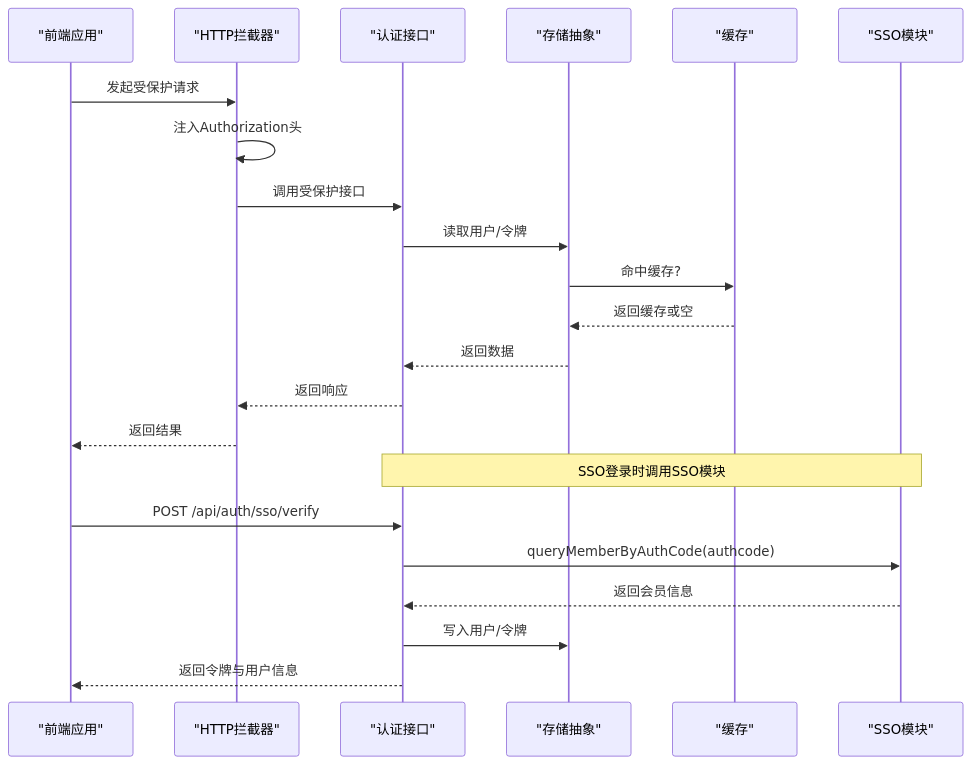
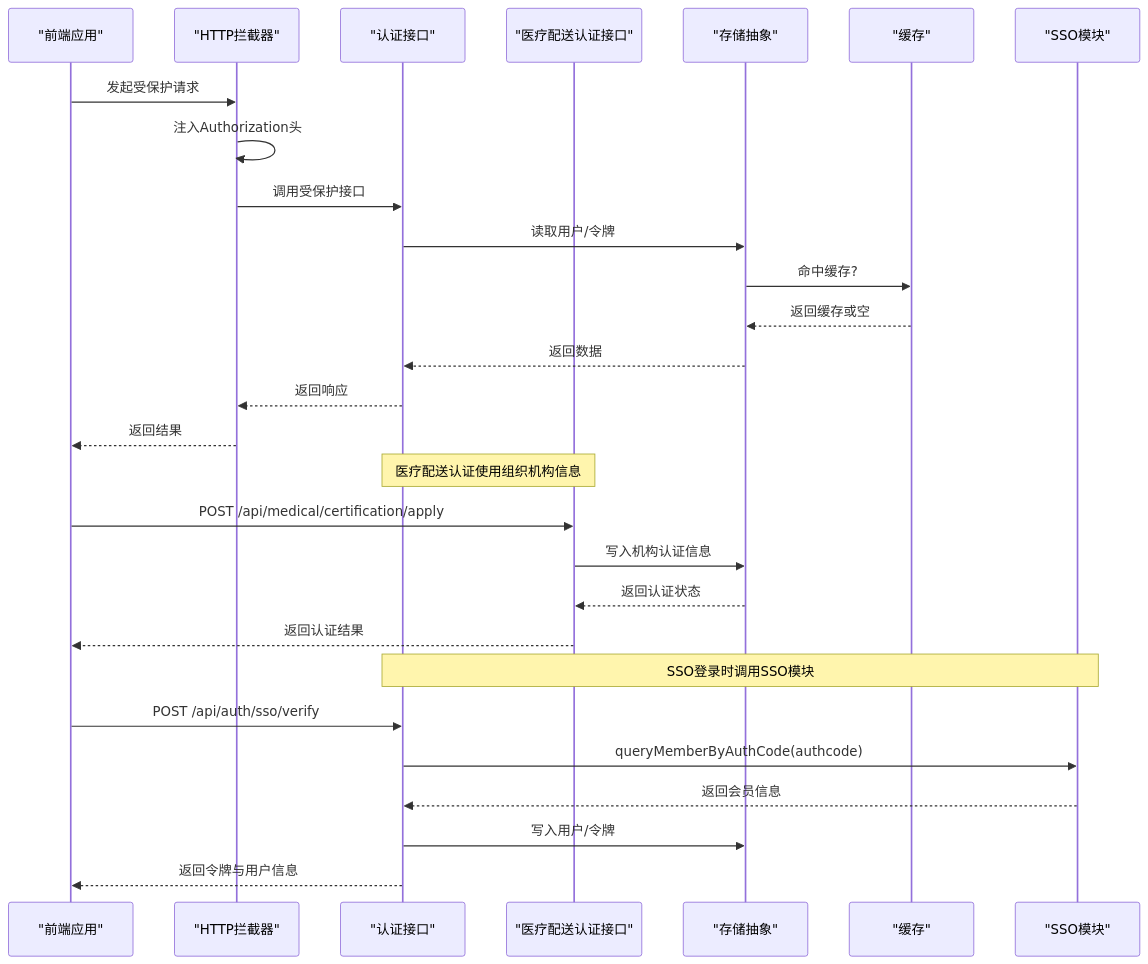
The second of 9 diagrams in .qoder/repowiki/zh/content/后端服务架构/认证与授权系统/认证与授权系统.md (Giraffe-Han/microAPP), drawn with Mermaid before and after one commit. The commit also changed other lines of this file and 143 other files, not shown here.

````diff
--- a/.qoder/repowiki/zh/content/后端服务架构/认证与授权系统/认证与授权系统.md
+++ b/.qoder/repowiki/zh/content/后端服务架构/认证与授权系统/认证与授权系统.md
@@ -125,24 +154,30 @@
 ```mermaid
 sequenceDiagram
 participant FE as "前端应用"
 participant HTTP as "HTTP拦截器"
-participant API as "认证接口"
+participant AUTH_API as "认证接口"
+participant MED_API as "医疗配送认证接口"
 participant STORE as "存储抽象"
 participant CACHE as "缓存"
 participant SSO as "SSO模块"
 FE->>HTTP : 发起受保护请求
 HTTP->>HTTP : 注入Authorization头
-HTTP->>API : 调用受保护接口
-API->>STORE : 读取用户/令牌
+HTTP->>AUTH_API : 调用受保护接口
+AUTH_API->>STORE : 读取用户/令牌
 STORE->>CACHE : 命中缓存?
 CACHE-->>STORE : 返回缓存或空
-STORE-->>API : 返回数据
-API-->>HTTP : 返回响应
+STORE-->>AUTH_API : 返回数据
+AUTH_API-->>HTTP : 返回响应
 HTTP-->>FE : 返回结果
-Note over API,SSO : SSO登录时调用SSO模块
-FE->>API : POST /api/auth/sso/verify
-API->>SSO : queryMemberByAuthCode(authcode)
-SSO-->>API : 返回会员信息
-API->>STORE : 写入用户/令牌
-API-->>FE : 返回令牌与用户信息
+Note over AUTH_API,MED_API : 医疗配送认证使用组织机构信息
+FE->>MED_API : POST /api/medical/certification/apply
+MED_API->>STORE : 写入机构认证信息
+STORE-->>MED_API : 返回认证状态
+MED_API-->>FE : 返回认证结果
+Note over AUTH_API,SSO : SSO登录时调用SSO模块
+FE->>AUTH_API : POST /api/auth/sso/verify
+AUTH_API->>SSO : queryMemberByAuthCode(authcode)
+SSO-->>AUTH_API : 返回会员信息
+AUTH_API->>STORE : 写入用户/令牌
+AUTH_API-->>FE : 返回令牌与用户信息
 ```
````
